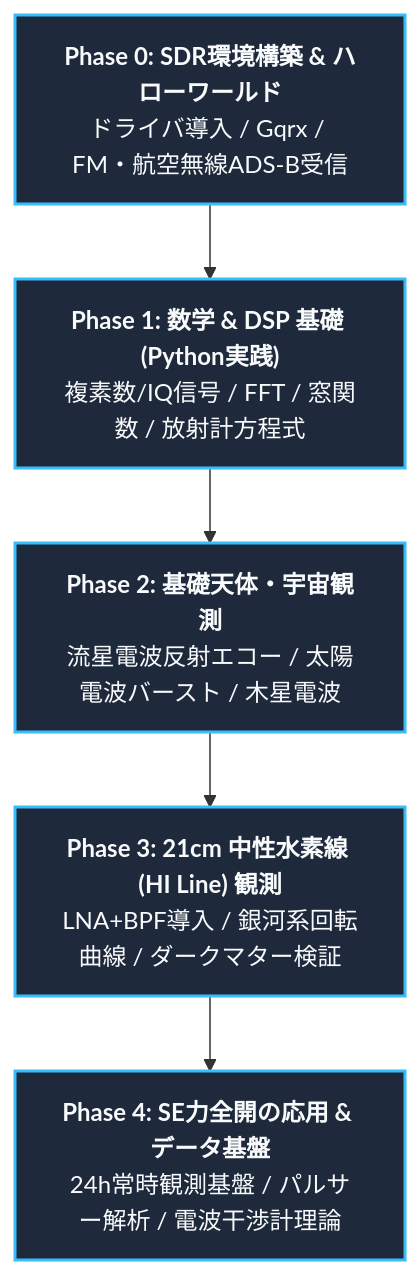
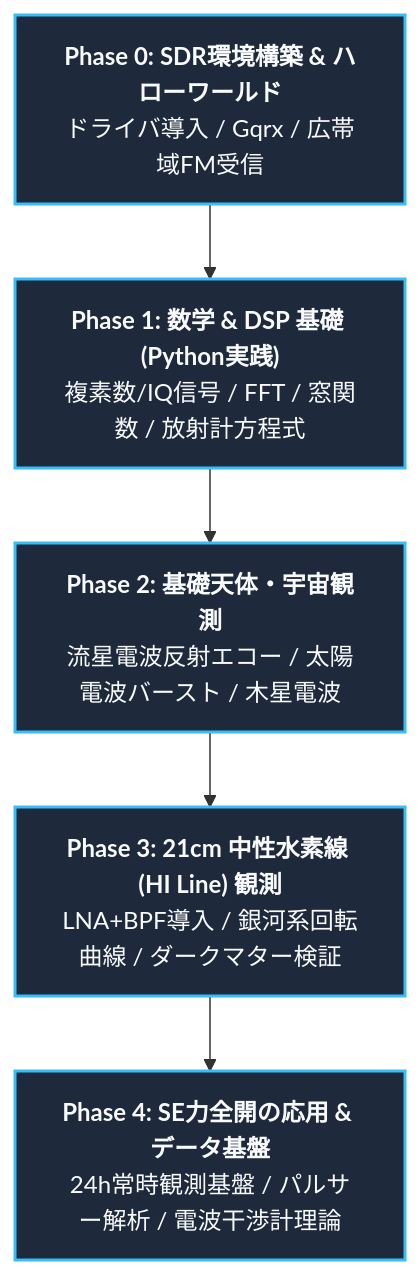
The first of 2 diagrams in README.md (tozastation/radio-astronomy), drawn with Mermaid before and after one commit. The commit also changed other lines of this file and 3 other files, not shown here.

Commit message:
docs: 現行の KubeEdge 衛星観測パイプラインに構成図を更新

````diff
--- a/README.md
+++ b/README.md
@@ -52,16 +52,16 @@
 ```mermaid
 flowchart TD
     classDef phase fill:#1e293b,stroke:#38bdf8,stroke-width:2px,color:#f8fafc;
     classDef current fill:#0f766e,stroke:#2dd4bf,stroke-width:2px,color:#ffffff;
 
-    P0["<b>Phase 0: SDR環境構築 & ハローワールド</b><br/>ドライバ導入 / Gqrx / FM・航空無線ADS-B受信"]:::phase
+    P0["<b>Phase 0: SDR環境構築 & ハローワールド</b><br/>ドライバ導入 / Gqrx / 広帯域FM受信"]:::phase
     P1["<b>Phase 1: 数学 & DSP 基礎 (Python実践)</b><br/>複素数/IQ信号 / FFT / 窓関数 / 放射計方程式"]:::phase
     P2["<b>Phase 2: 基礎天体・宇宙観測</b><br/>流星電波反射エコー / 太陽電波バースト / 木星電波"]:::phase
     P3["<b>Phase 3: 21cm 中性水素線 (HI Line) 観測</b><br/>LNA+BPF導入 / 銀河系回転曲線 / ダークマター検証"]:::phase
     P4["<b>Phase 4: SE力全開の応用 & データ基盤</b><br/>24h常時観測基盤 / パルサー解析 / 電波干渉計理論"]:::phase
 
     P0 --> P1
     P1 --> P2
     P2 --> P3
     P3 --> P4
 ```
````
